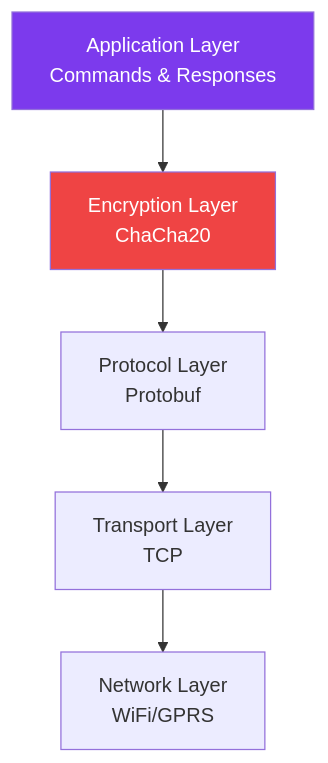
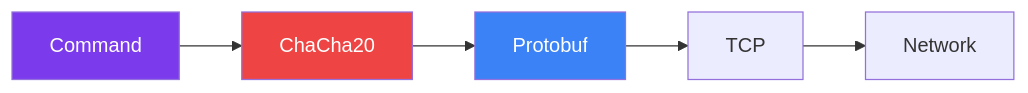
The seventh of 7 diagrams in docs/getting-started/architecture.md (Espilon-Net/espilon-docs), drawn with Mermaid before and after one commit. The commit also changed other lines of this file and 12 other files, not shown here.

````diff
--- a/docs/getting-started/architecture.md
+++ b/docs/getting-started/architecture.md
@@ -185,16 +238,8 @@
 ```mermaid
-graph TD
-    APP[Application Layer<br/>Commands & Responses]
-    ENC[Encryption Layer<br/>ChaCha20]
-    PROTO[Protocol Layer<br/>Protobuf]
-    TRANS[Transport Layer<br/>TCP]
-    NET[Network Layer<br/>WiFi/GPRS]
+graph LR
+    CMD[Command] --> ENC[ChaCha20] --> PROTO[Protobuf] --> TCP[TCP] --> NET[Network]
 
-    APP --> ENC
-    ENC --> PROTO
-    PROTO --> TRANS
-    TRANS --> NET
-
+    style CMD fill:#7c3aed,color:#fff
     style ENC fill:#ef4444,color:#fff
-    style APP fill:#7c3aed,color:#fff
+    style PROTO fill:#3b82f6,color:#fff
 ```
````
